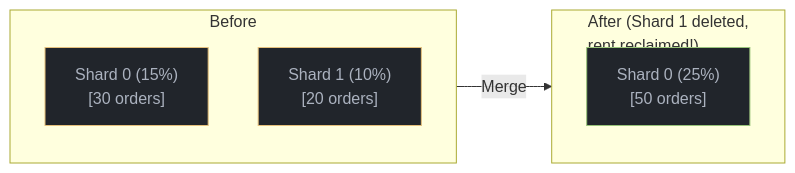
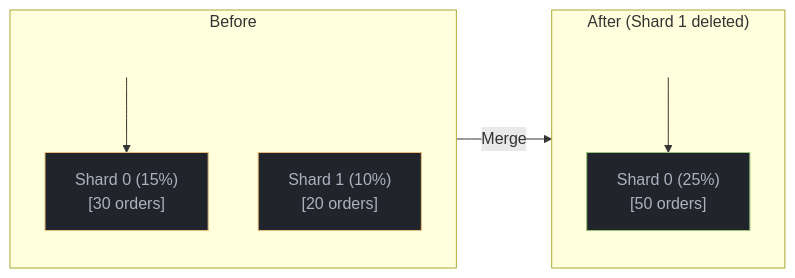
Before and after one commit to mgild/mintlify-docs: the sixth of 8 diagrams in concepts/sharding.mdx, drawn with Mermaid. The commit also changed other lines of this file and 19 other files, not shown here.

````diff
--- a/concepts/sharding.mdx
+++ b/concepts/sharding.mdx
@@ -205,18 +206,24 @@
 ```mermaid
 
 flowchart LR
     subgraph Before
+        BeforeSpacer2[ ]
         B0["Shard 0 (15%)<br/>[30 orders]"]
         B1["Shard 1 (10%)<br/>[20 orders]"]
+        BeforeSpacer2 --> B0
     end
 
     Before -->|Merge| After
 
-    subgraph After["After (Shard 1 deleted,<br/>rent reclaimed!)"]
+    subgraph After["After (Shard 1 deleted)"]
+        AfterSpacer2[ ]
         A0["Shard 0 (25%)<br/>[50 orders]"]
+        AfterSpacer2 --> A0
     end
 
+    style BeforeSpacer2 fill:transparent,stroke:transparent,color:transparent
+    style AfterSpacer2 fill:transparent,stroke:transparent,color:transparent
     style B0 fill:#21252b,stroke:#e5c07b,color:#abb2bf
     style B1 fill:#21252b,stroke:#e5c07b,color:#abb2bf
     style A0 fill:#21252b,stroke:#98c379,color:#abb2bf
 ```
````
